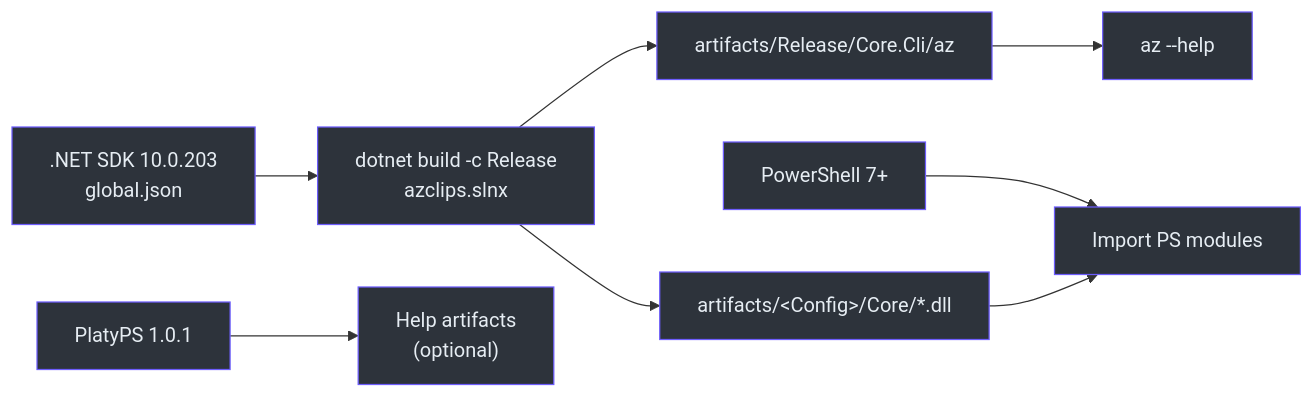
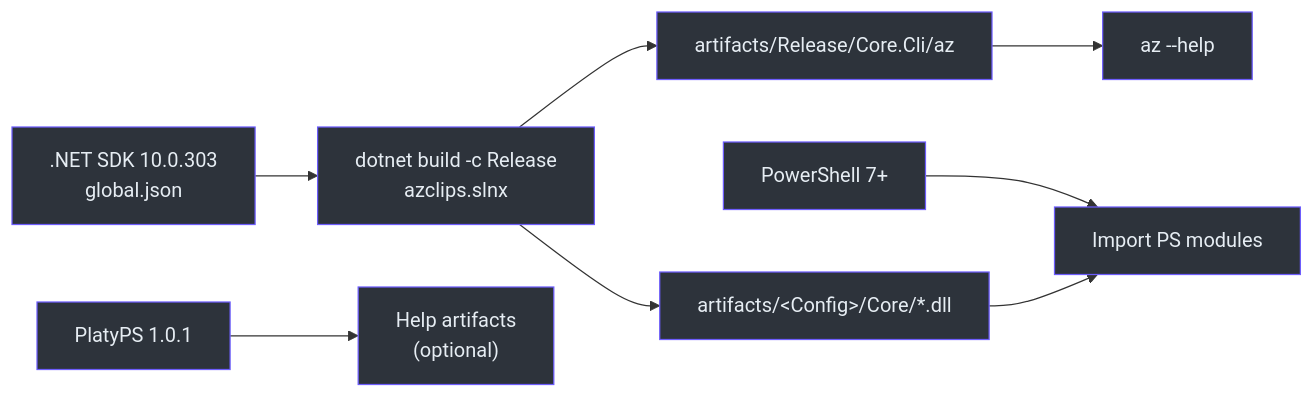
Before and after one commit to Azure/azclips: the first of 2 diagrams in wiki/01-getting-started/environment-setup.md, drawn with Mermaid. The commit also changed other lines of this file and 5 other files, not shown here.

First line of the commit message:
build: upgrade .NET SDK to 10.0.303

````diff
--- a/wiki/01-getting-started/environment-setup.md
+++ b/wiki/01-getting-started/environment-setup.md
@@ -24,20 +24,20 @@
 ```mermaid
 graph LR
-    SDK[".NET SDK 10.0.203<br>global.json"] --> BUILD["dotnet build -c Release<br>azclips.slnx"]
+    SDK[".NET SDK 10.0.303<br>global.json"] --> BUILD["dotnet build -c Release<br>azclips.slnx"]
     PS7["PowerShell 7+"] --> MODULES["Import PS modules"]
     PLATY["PlatyPS 1.0.1"] --> HELP["Help artifacts<br>(optional)"]
     BUILD --> AZ["artifacts/Release/Core.Cli/az"]
     BUILD --> DLLS["artifacts/&lt;Config&gt;/Core/*.dll"]
     DLLS --> MODULES
     AZ --> RUN["az --help"]
 
     style SDK fill:#2d333b,stroke:#6d5dfc,color:#e6edf3
     style PS7 fill:#2d333b,stroke:#6d5dfc,color:#e6edf3
     style PLATY fill:#2d333b,stroke:#6d5dfc,color:#e6edf3
     style BUILD fill:#2d333b,stroke:#6d5dfc,color:#e6edf3
     style AZ fill:#2d333b,stroke:#6d5dfc,color:#e6edf3
     style DLLS fill:#2d333b,stroke:#6d5dfc,color:#e6edf3
     style MODULES fill:#2d333b,stroke:#6d5dfc,color:#e6edf3
     style HELP fill:#2d333b,stroke:#6d5dfc,color:#e6edf3
     style RUN fill:#2d333b,stroke:#6d5dfc,color:#e6edf3
 ```
````
